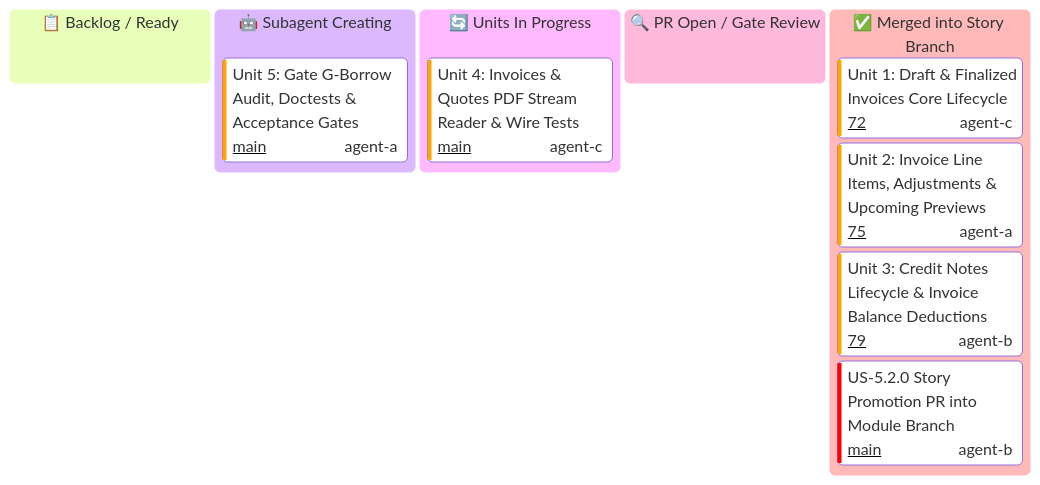
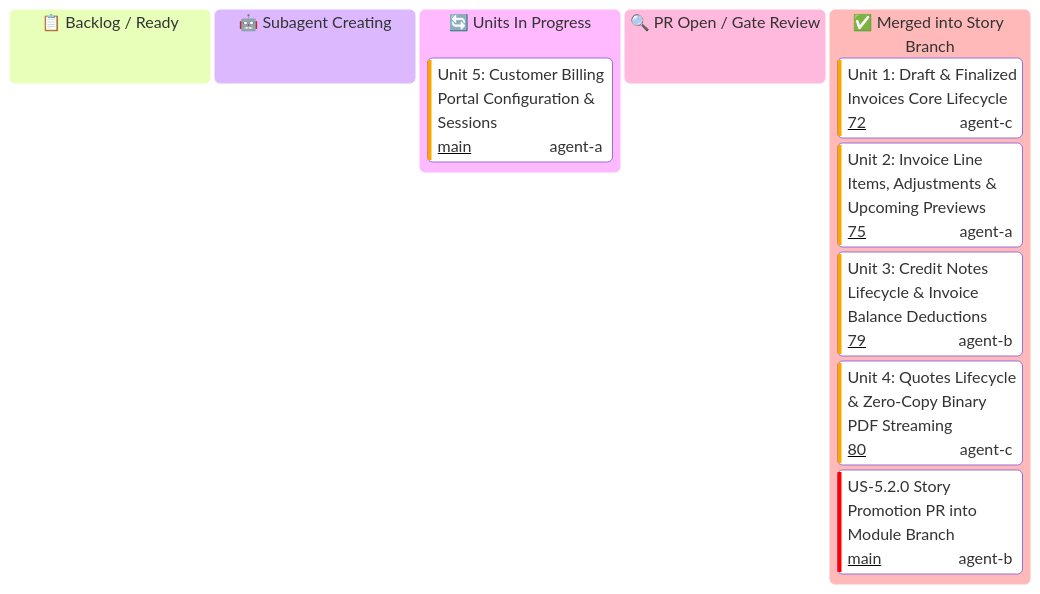
Before and after one commit to some-of-cs/some-stripe: the third of 3 diagrams in docs/user-stories/module-5-customers-and-billing/KANBAN.md, drawn with Mermaid. The commit also changed other lines of this file and 1 other file, not shown here.

Commit message:
docs(us-5.2.0): update kanban boards marking Unit 4 as merged (PR #80)

````diff
--- a/docs/user-stories/module-5-customers-and-billing/KANBAN.md
+++ b/docs/user-stories/module-5-customers-and-billing/KANBAN.md
@@ -73,19 +73,19 @@
 ```mermaid
 ---
 config:
   kanban:
     ticketBaseUrl: 'https://github.com/some-of-cs/some-stripe/pull/#TICKET#'
 ---
 kanban
   todo[📋 Backlog / Ready]
   spawning[🤖 Subagent Creating]
-    u525[Unit 5: Gate G-Borrow Audit, Doctests & Acceptance Gates]@{ ticket: 'main', assigned: 'agent-a', priority: 'High' }
   in_progress[🔄 Units In Progress]
-    u524[Unit 4: Invoices & Quotes PDF Stream Reader & Wire Tests]@{ ticket: 'main', assigned: 'agent-c', priority: 'High' }
+    u525[Unit 5: Customer Billing Portal Configuration & Sessions]@{ ticket: 'main', assigned: 'agent-a', priority: 'High' }
   review[🔍 PR Open / Gate Review]
   done[✅ Merged into Story Branch]
     u521[Unit 1: Draft & Finalized Invoices Core Lifecycle]@{ ticket: '72', assigned: 'agent-c', priority: 'High' }
     u522[Unit 2: Invoice Line Items, Adjustments & Upcoming Previews]@{ ticket: '75', assigned: 'agent-a', priority: 'High' }
     u523[Unit 3: Credit Notes Lifecycle & Invoice Balance Deductions]@{ ticket: '79', assigned: 'agent-b', priority: 'High' }
+    u524[Unit 4: Quotes Lifecycle & Zero-Copy Binary PDF Streaming]@{ ticket: '80', assigned: 'agent-c', priority: 'High' }
     s52_pr[US-5.2.0 Story Promotion PR into Module Branch]@{ ticket: 'main', assigned: 'agent-b', priority: 'Very High' }
 ```
````
